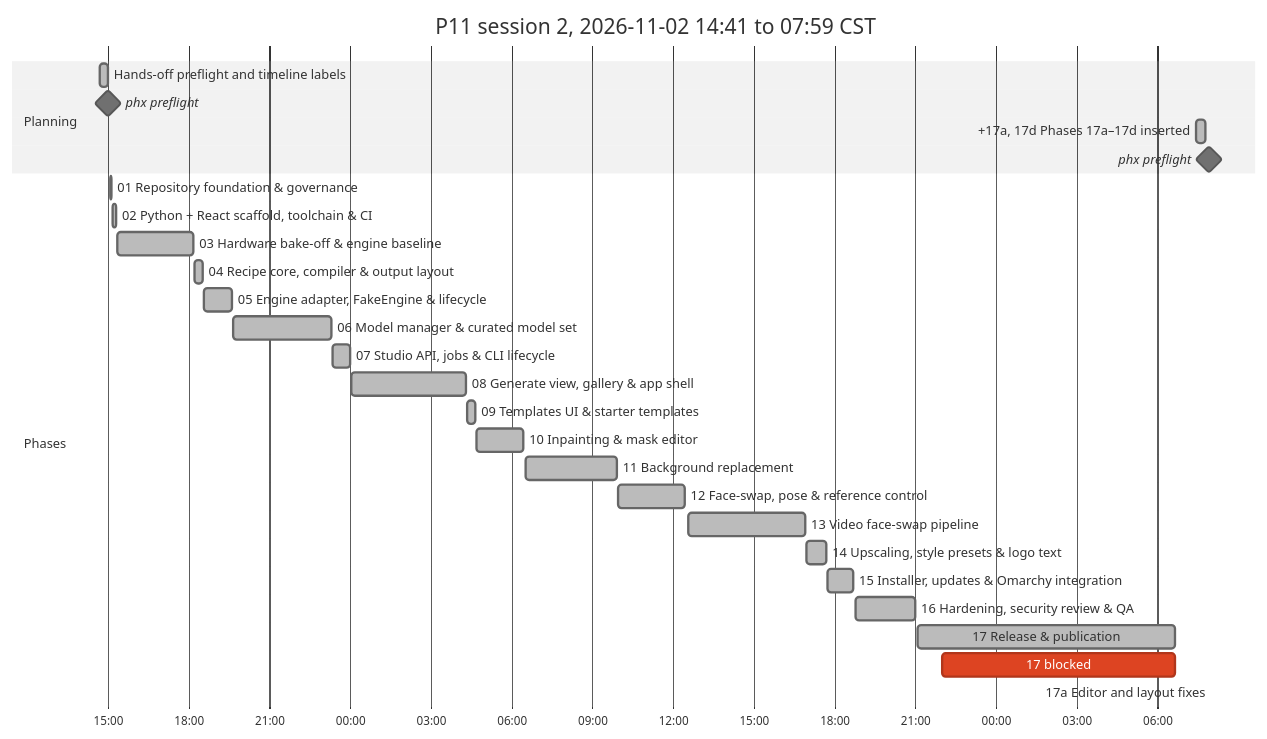
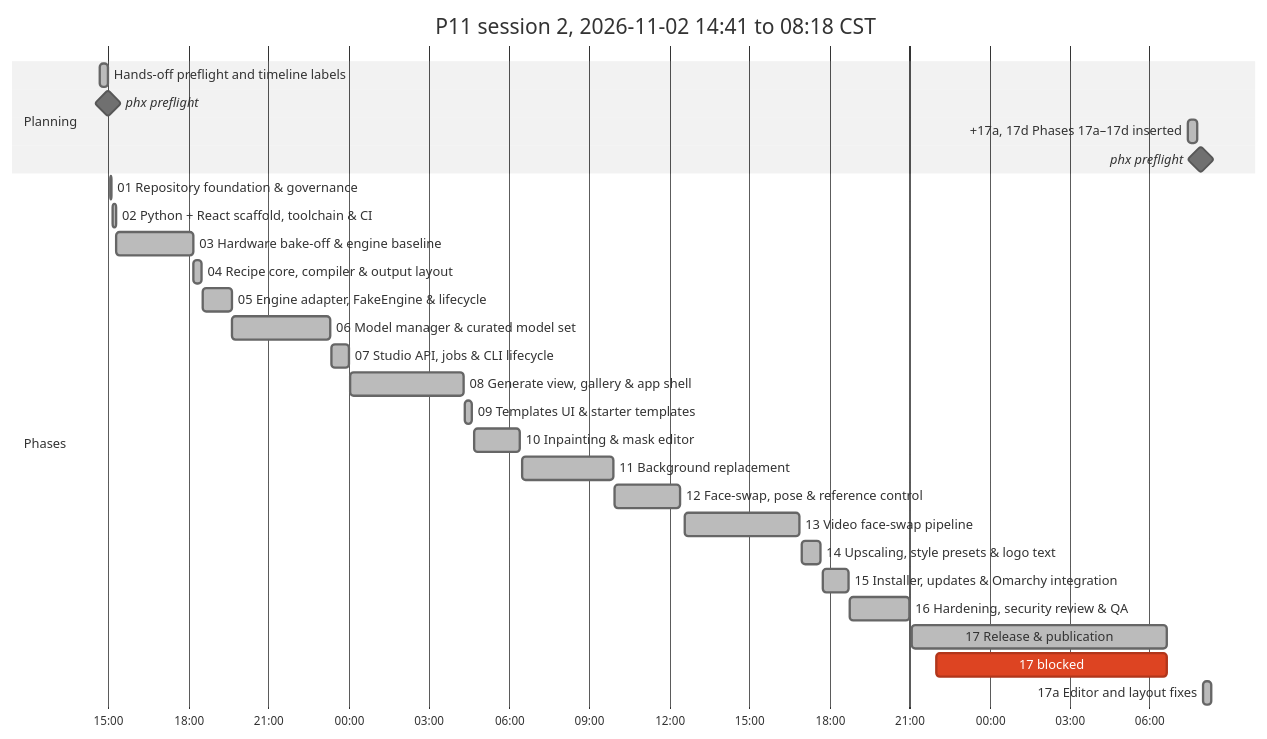
The second of 2 diagrams in P11_IMPLEMENTATION_PLAN.md (antonizick/project1111), drawn with Mermaid (neutral theme) before and after one commit. The commit also changed other lines of this file and 2 other files, not shown here.

Commit message:
docs(plan): refresh timeline

````diff
--- a/P11_IMPLEMENTATION_PLAN.md
+++ b/P11_IMPLEMENTATION_PLAN.md
@@ -79,31 +79,31 @@
 ```mermaid
 gantt
-    title P11 session 2, 2026-11-02 14:41 to 07:59 CST
+    title P11 session 2, 2026-11-02 14:41 to 08:18 CST
     dateFormat YYYY-MM-DD HH:mm
     axisFormat %H:%M
     section Planning
     Hands-off preflight and timeline labels :done, plan3, 2026-11-02 14:41, 2026-11-02 14:59
     phx preflight :milestone, pf13ee0d5, 2026-11-02 15:00, 0m
     +17a, 17d Phases 17a–17d inserted :done, plan4, 2026-11-04 07:25, 2026-11-04 07:47
     phx preflight :milestone, pf19ebe39, 2026-11-04 07:54, 0m
     section Phases
     01 Repository foundation & governance :done, p01s2, 2026-11-02 15:05, 2026-11-02 15:08
     02 Python + React scaffold, toolchain & CI :done, p02s2, 2026-11-02 15:09, 2026-11-02 15:18
     03 Hardware bake-off & engine baseline :done, p03s2, 2026-11-02 15:19, 2026-11-02 18:10
     04 Recipe core, compiler & output layout :done, p04s2, 2026-11-02 18:12, 2026-11-02 18:30
     05 Engine adapter, FakeEngine & lifecycle :done, p05s2, 2026-11-02 18:32, 2026-11-02 19:37
     06 Model manager & curated model set :done, p06s2, 2026-11-02 19:39, 2026-11-02 23:18
     07 Studio API, jobs & CLI lifecycle :done, p07s2, 2026-11-02 23:21, 2026-11-03 00:00
     08 Generate view, gallery & app shell :done, p08s2, 2026-11-03 00:03, 2026-11-03 04:18
     09 Templates UI & starter templates :done, p09s2, 2026-11-03 04:21, 2026-11-03 04:38
     10 Inpainting & mask editor :done, p10s2, 2026-11-03 04:41, 2026-11-03 06:25
     11 Background replacement :done, p11s2, 2026-11-03 06:31, 2026-11-03 09:55
     12 Face-swap, pose & reference control :done, p12s2, 2026-11-03 09:58, 2026-11-03 12:25
     13 Video face-swap pipeline :done, p13s2, 2026-11-03 12:34, 2026-11-03 16:54
     14 Upscaling, style presets & logo text :done, p14s2, 2026-11-03 16:58, 2026-11-03 17:41
     15 Installer, updates & Omarchy integration :done, p15s2, 2026-11-03 17:45, 2026-11-03 18:42
     16 Hardening, security review & QA :done, p16s2, 2026-11-03 18:46, 2026-11-03 21:00
     17 Release & publication :done, p17s2, 2026-11-03 21:04, 2026-11-04 06:39
     17 blocked :crit, p17w1s2, 2026-11-03 22:01, 2026-11-04 06:38
-    17a Editor and layout fixes :active, p17as2, 2026-11-04 07:59, 2026-11-04 08:00
+    17a Editor and layout fixes :done, p17as2, 2026-11-04 07:59, 2026-11-04 08:18
 ```
````
